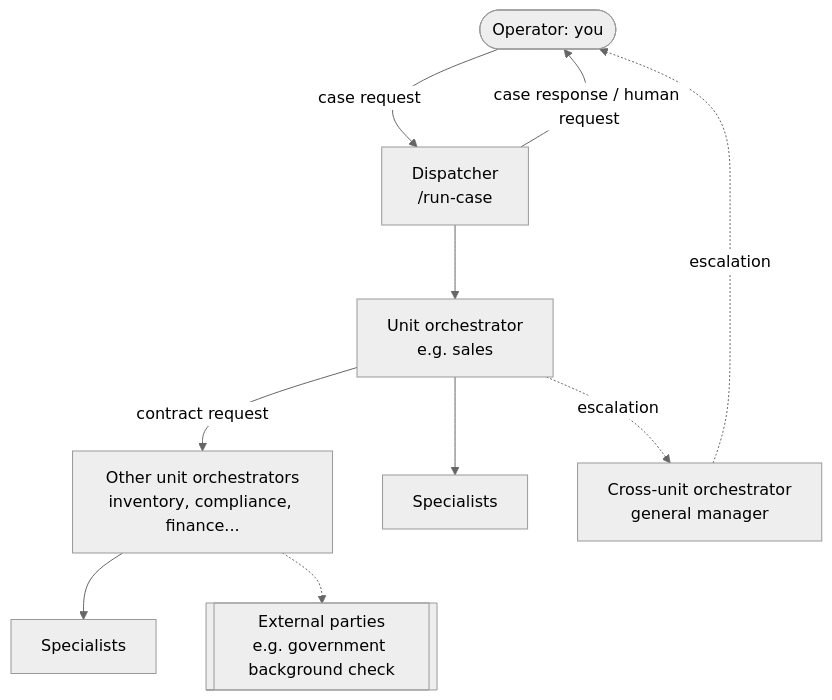
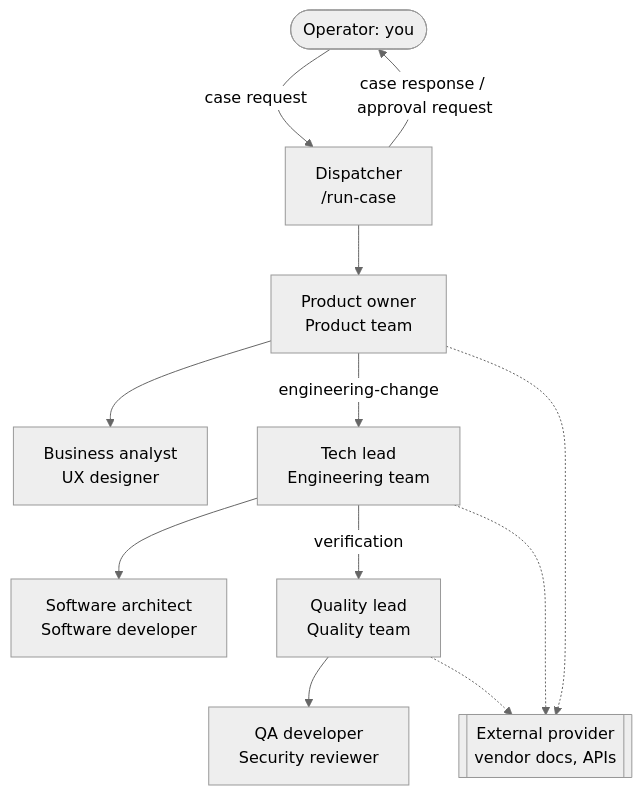
The diagram in README.md (almeida-samuel/tulkas), drawn with Mermaid (neutral theme) before and after one commit. The commit also changed other lines of this file, not shown here.

Commit message:
README: use the software-dev context as the example

````diff
--- a/README.md
+++ b/README.md
@@ -13,12 +13,14 @@
 ```mermaid
 flowchart TD
     OP([Operator: you]) -- case request --> D[Dispatcher<br/>/run-case]
-    D -- case response / human request --> OP
-    D --> SO[Unit orchestrator<br/>e.g. sales]
-    SO -- contract request --> IO[Other unit orchestrators<br/>inventory, compliance, finance...]
-    SO --> SP[Specialists]
-    IO --> SP2[Specialists]
-    IO -.-> EX[[External parties<br/>e.g. government background check]]
-    SO -. escalation .-> GM[Cross-unit orchestrator<br/>general manager]
-    GM -. escalation .-> OP
+    D -- case response / approval request --> OP
+    D --> PO[Product owner<br/>Product team]
+    PO --> BA[Business analyst<br/>UX designer]
+    PO -- engineering-change --> TL[Tech lead<br/>Engineering team]
+    TL --> SA[Software architect<br/>Software developer]
+    TL -- verification --> QL[Quality lead<br/>Quality team]
+    QL --> QA[QA developer<br/>Security reviewer]
+    PO -.-> XP[[External provider<br/>vendor docs, APIs]]
+    TL -.-> XP
+    QL -.-> XP
 ```
````
